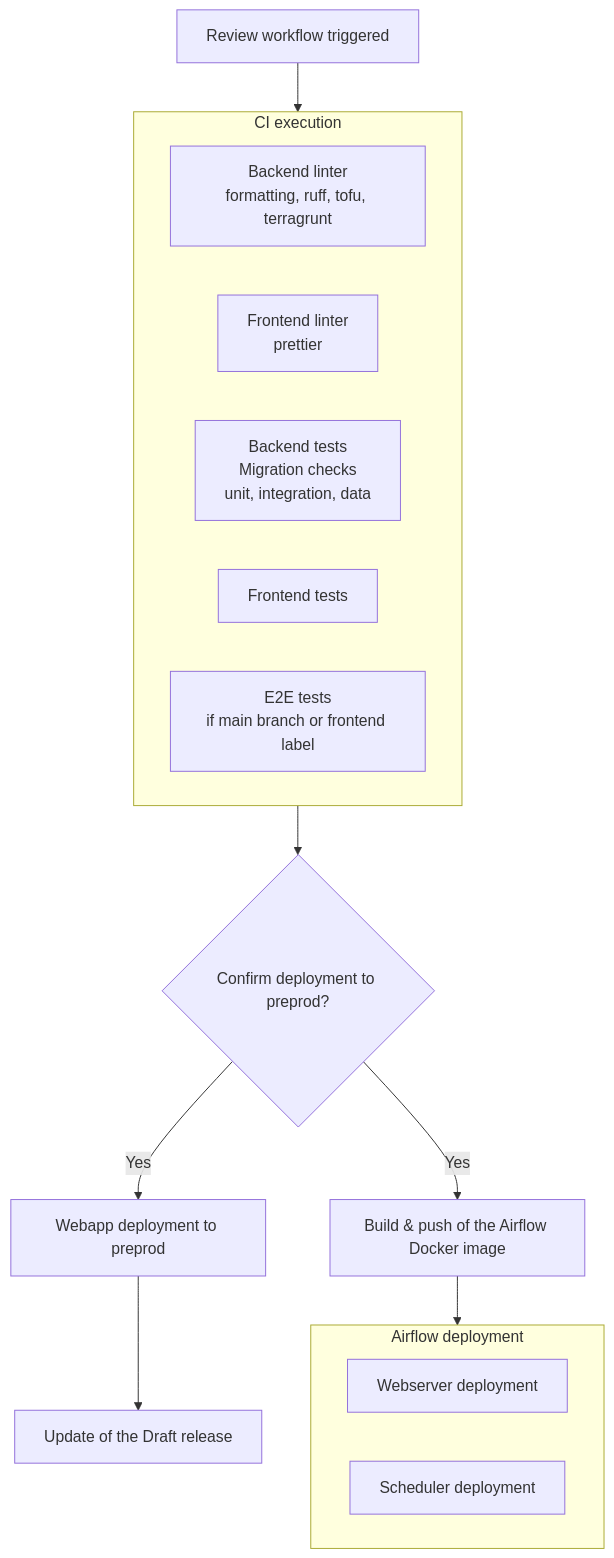
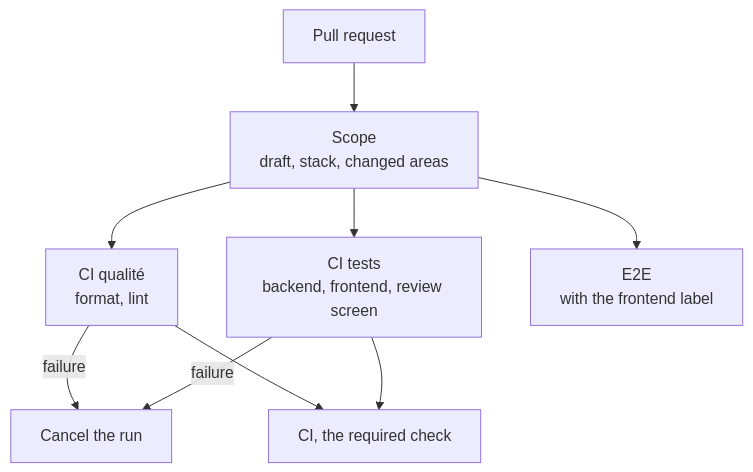
Before and after one commit to incubateur-ademe/quefairedemesobjets: the first of 3 diagrams in docs/reference/infrastructure/ci-cd.md, drawn with Mermaid. The commit also changed other lines of this file and 8 other files, not shown here.

````diff
--- a/docs/reference/infrastructure/ci-cd.md
+++ b/docs/reference/infrastructure/ci-cd.md
@@ -39,24 +41,11 @@
 ```mermaid
 graph TD
-    B[Review workflow triggered] --> C
-
-    subgraph C["CI execution"]
-        C1[Backend linter<br/>formatting, ruff, tofu, terragrunt]
-        C2[Frontend linter<br/>prettier]
-        C3["Backend tests<br/>Migration checks<br/>unit, integration, data"]
-        C4[Frontend tests]
-        C5[E2E tests<br/>if main branch or frontend label]
-
-    end
-
-    subgraph E[Airflow deployment]
-        E1[Webserver deployment]
-        E2[Scheduler deployment]
-    end
-
-    C --> D{Confirm deployment to preprod?}
-    D -->|Yes| F[Webapp deployment to preprod]
-    D -->|Yes| G[Build & push of the Airflow Docker image]
-    G --> E[Deployment of Airflow on Scaleway]
-    F --> H[Update of the Draft release]
+    A[Pull request] --> B[Scope<br/>draft, stack, changed areas]
+    B --> C[CI qualité<br/>format, lint]
+    B --> D[CI tests<br/>backend, frontend, review screen]
+    B --> E[E2E<br/>with the frontend label]
+    C -->|failure| S[Cancel the run]
+    D -->|failure| S
+    C --> G[CI, the required check]
+    D --> G
 ```
````
